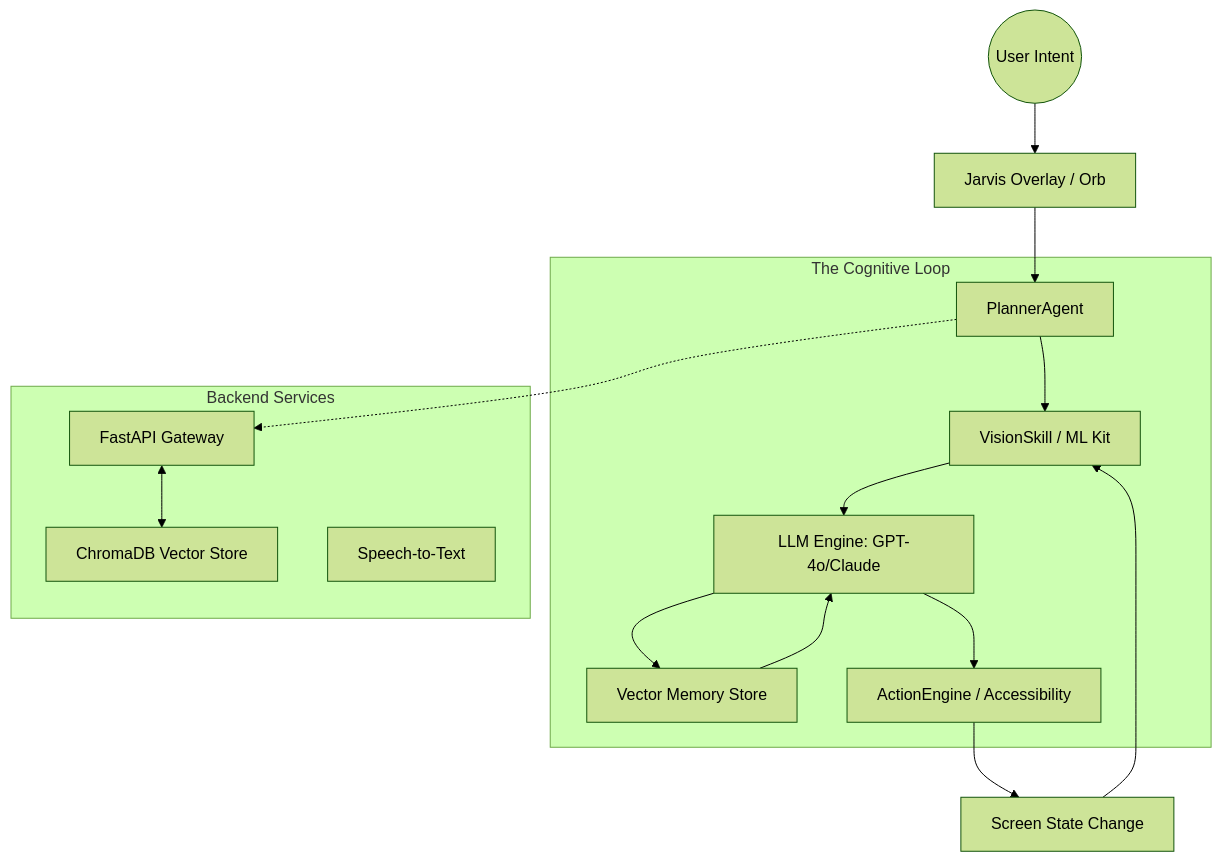
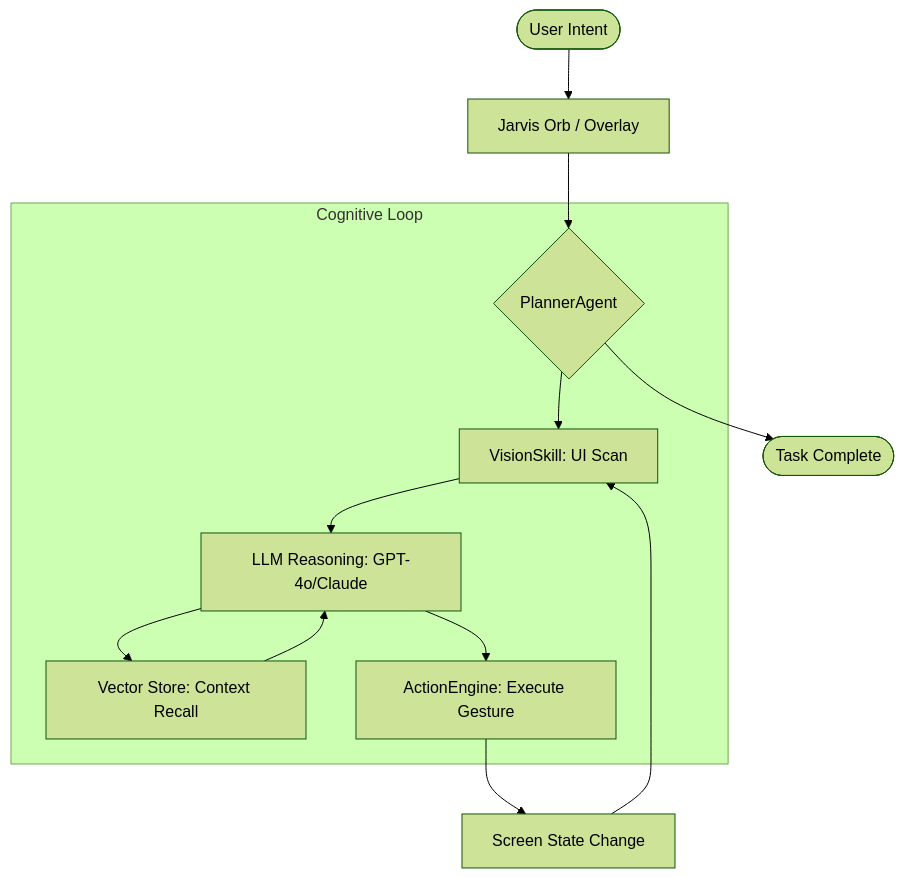
The diagram in README.md (patil-shubham-dev/Jarvis-Ai), drawn with Mermaid (forest theme) before and after one commit. The commit also changed other lines of this file and 71 other files, not shown here.

````diff
--- a/README.md
+++ b/README.md
@@ -50,25 +68,18 @@
 ```mermaid
 graph TD
-    User((User Intent)) --> UI[Jarvis Overlay / Orb]
-    UI --> Planner[PlannerAgent]
+    User([User Intent]) --> Orb[Jarvis Orb / Overlay]
+    Orb --> Planner{PlannerAgent}
     
-    subgraph "The Cognitive Loop"
-        Planner --> Observe[VisionSkill / ML Kit]
-        Observe --> Think[LLM Engine: GPT-4o/Claude]
-        Think --> Memory[Vector Memory Store]
+    subgraph "Cognitive Loop"
+        Planner --> Observe[VisionSkill: UI Scan]
+        Observe --> Think[LLM Reasoning: GPT-4o/Claude]
+        Think --> Memory[Vector Store: Context Recall]
         Memory --> Think
-        Think --> Act[ActionEngine / Accessibility]
+        Think --> Act[ActionEngine: Execute Gesture]
     end
     
     Act --> Feedback[Screen State Change]
     Feedback --> Observe
     
-    subgraph "Backend Services"
-        FastAPI[FastAPI Gateway]
-        Chroma[ChromaDB Vector Store]
-        Whisper[Speech-to-Text]
-    end
-    
-    Planner -.-> FastAPI
-    FastAPI <--> Chroma
+    Planner --> Success([Task Complete])
 ```
````
